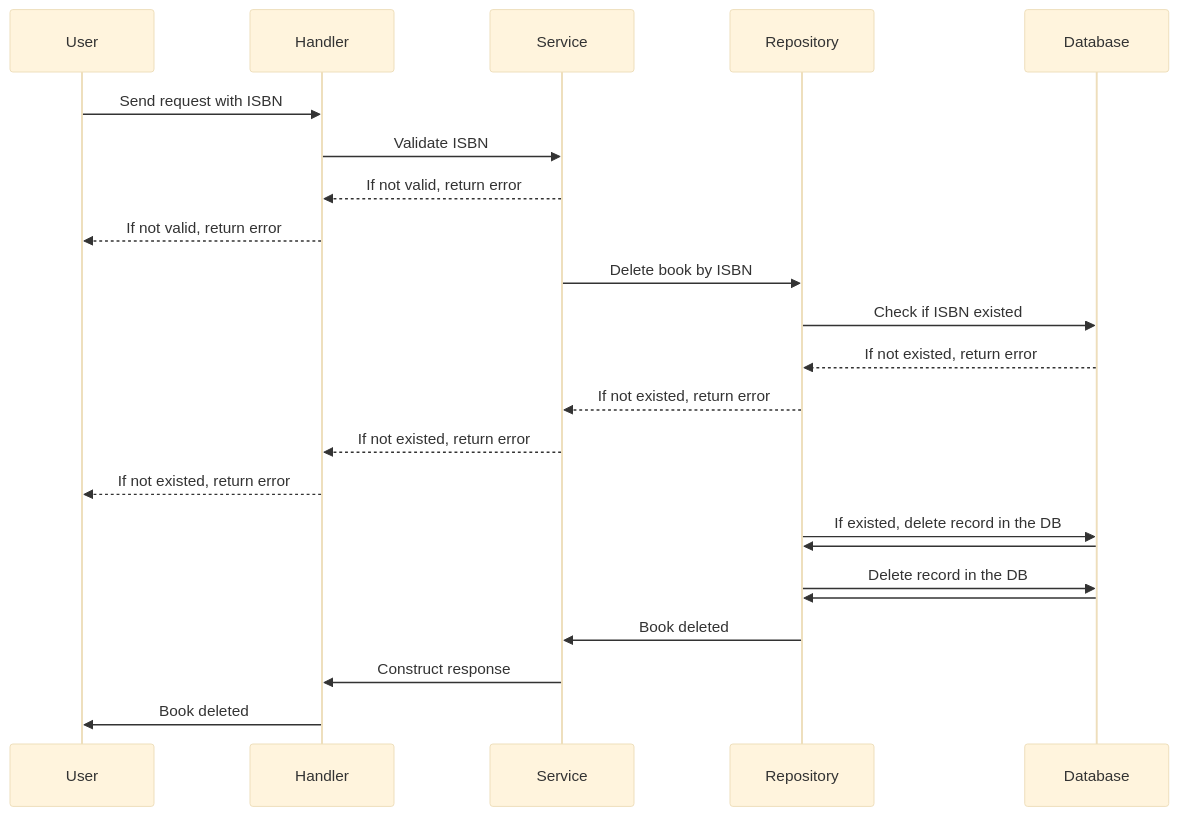
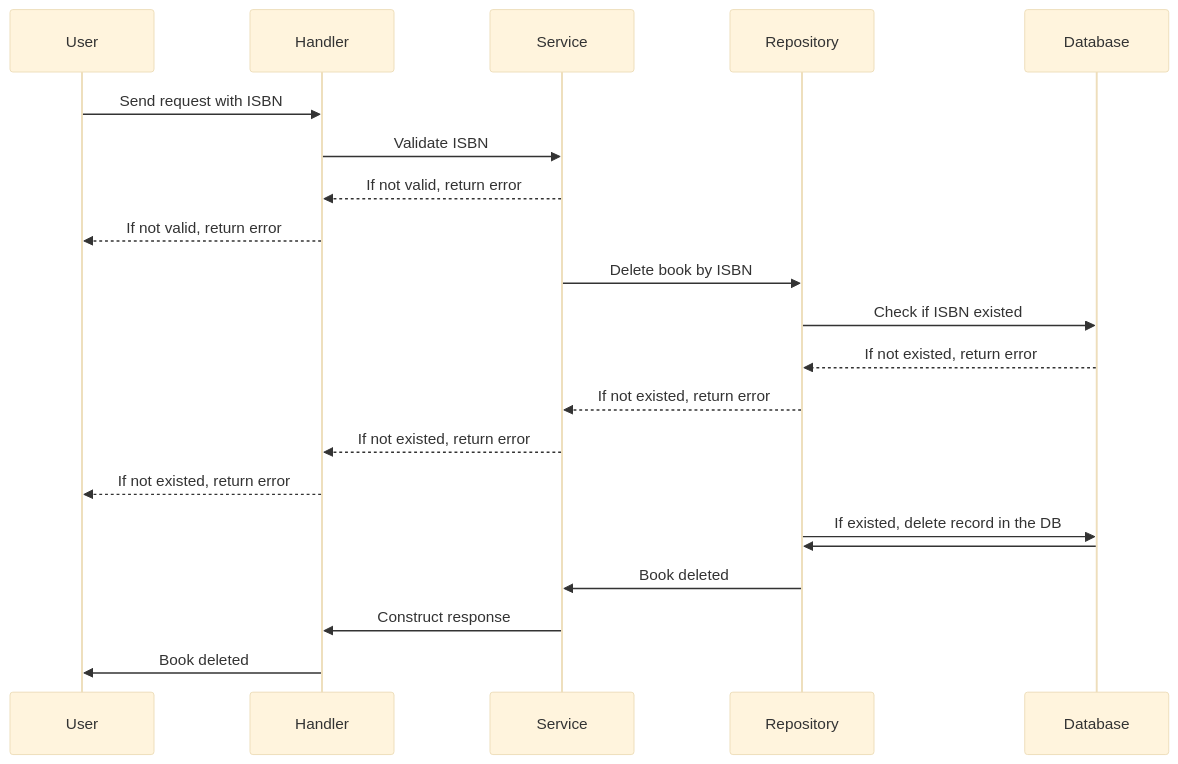
Before and after one commit to liberocks/isbn: the fifth of 5 diagrams in README.md, drawn with Mermaid (base theme). The commit also changed other lines of this file, not shown here.

Commit message:
add endpoint documentation (6)

````diff
--- a/README.md
+++ b/README.md
@@ -198,22 +196,20 @@
 ```mermaid
 sequenceDiagram
     accTitle: Delete a book by ISBN
 
     User->>Handler: Send request with ISBN
     Handler->>Service: Validate ISBN
     Service-->>Handler: If not valid, return error
     Handler-->>User: If not valid, return error
     Service->>Repository: Delete book by ISBN
     Repository->>Database: Check if ISBN existed
     Database-->>Repository: If not existed, return error
     Repository-->>Service: If not existed, return error
     Service-->>Handler: If not existed, return error
     Handler-->>User: If not existed, return error
     Repository->>Database: If existed, delete record in the DB
     Database->>Repository: 
-    Repository->>Database: Delete record in the DB
-    Database->>Repository: 
     Repository->>Service: Book deleted
     Service->>Handler: Construct response
     Handler->>User: Book deleted
 ```
````
